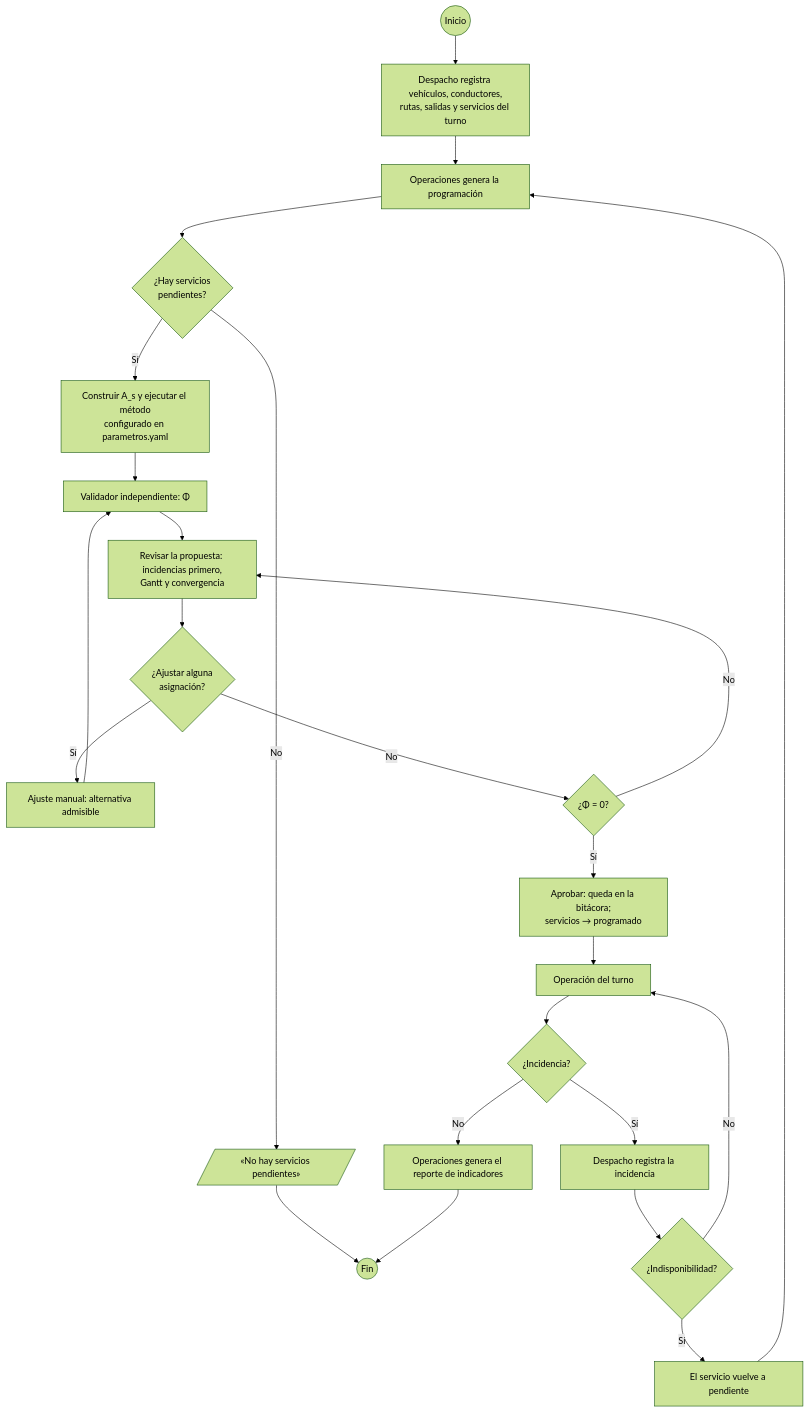
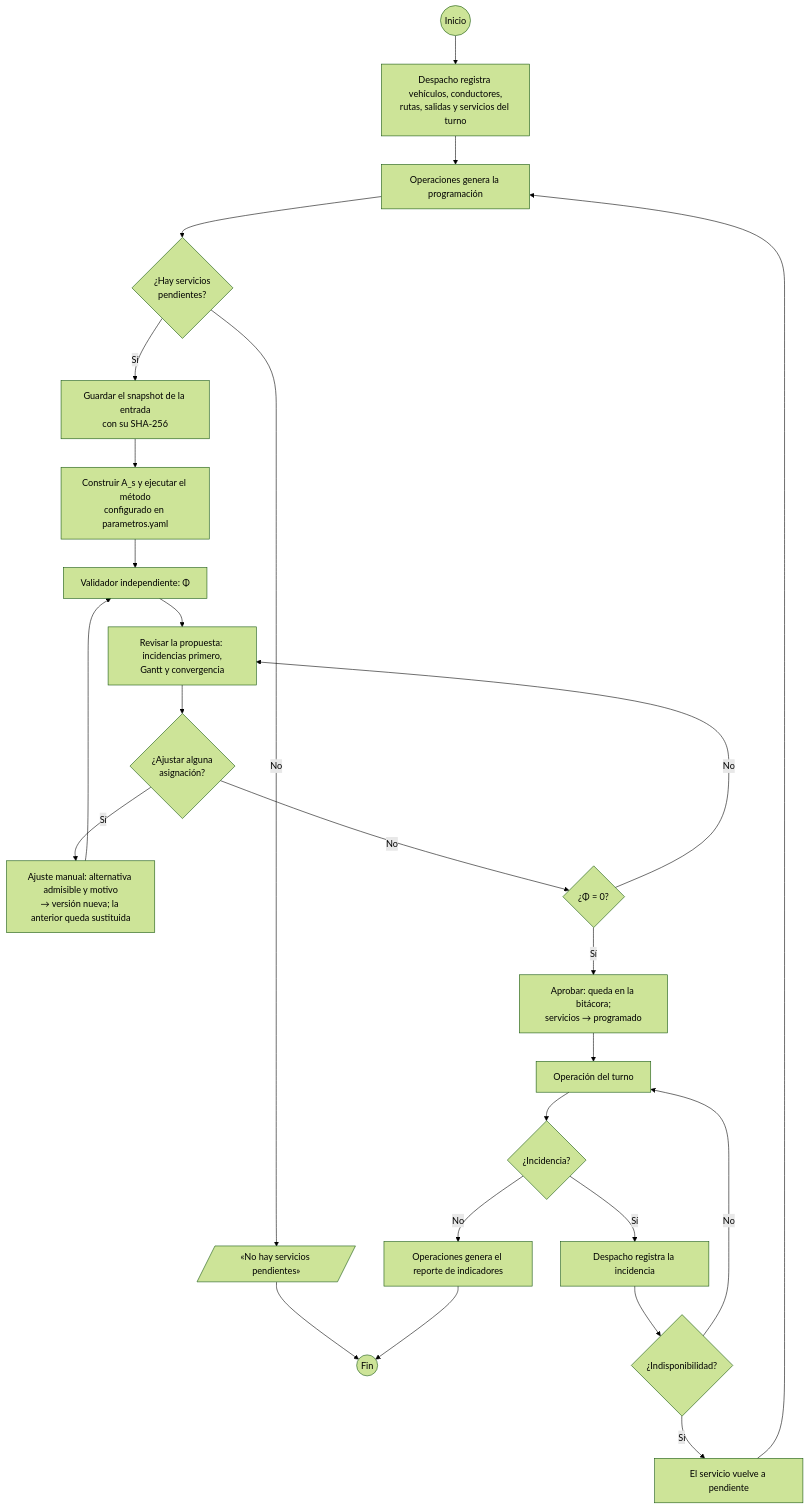
The tenth of 13 diagrams in docs/uml.md (Madafaka17/sistema-asignacion-san-felipe), drawn with Mermaid (forest theme) before and after one commit. The commit also changed other lines of this file and 18 other files, not shown here.

````diff
--- a/docs/uml.md
+++ b/docs/uml.md
@@ -672,22 +683,23 @@
 ```mermaid
 flowchart TD
   I((Inicio)) --> R1[Despacho registra vehículos, conductores,<br/>rutas, salidas y servicios del turno]
   R1 --> G[Operaciones genera la programación]
   G --> P{¿Hay servicios<br/>pendientes?}
   P -- No --> E1[/«No hay servicios pendientes»/] --> F((Fin))
-  P -- Sí --> M[Construir A_s y ejecutar el método<br/>configurado en parametros.yaml]
+  P -- Sí --> SN[Guardar el snapshot de la entrada<br/>con su SHA-256]
+  SN --> M[Construir A_s y ejecutar el método<br/>configurado en parametros.yaml]
   M --> V[Validador independiente: Φ]
   V --> RV[Revisar la propuesta: incidencias primero,<br/>Gantt y convergencia]
   RV --> AJ{¿Ajustar alguna<br/>asignación?}
-  AJ -- Sí --> A1[Ajuste manual: alternativa admisible] --> V
+  AJ -- Sí --> A1[Ajuste manual: alternativa admisible y motivo<br/>→ versión nueva; la anterior queda sustituida] --> V
   AJ -- No --> Q{¿Φ = 0?}
   Q -- No --> RV
   Q -- Sí --> AP[Aprobar: queda en la bitácora;<br/>servicios → programado]
   AP --> OP[Operación del turno]
   OP --> INC{¿Incidencia?}
   INC -- Sí --> RI[Despacho registra la incidencia]
   RI --> RP{¿Indisponibilidad?}
   RP -- Sí --> PEN[El servicio vuelve a pendiente] --> G
   RP -- No --> OP
   INC -- No --> REP[Operaciones genera el reporte de indicadores] --> F
 ```
````
